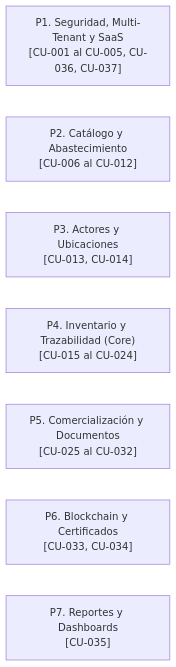
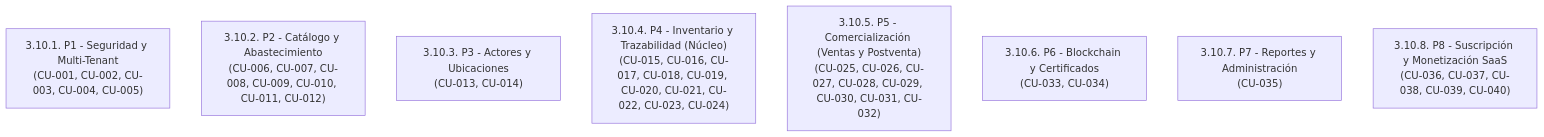
The diagram in docs/USE_CASES_MAP.md (DiogoMars777/BlockChain), drawn with Mermaid before and after one commit. The commit also changed other lines of this file, not shown here.

Commit message:
docs: actualizar USE_CASES_MAP.md con 40 CUs oficiales y paquete P8 SaaS (Sprint#3)

````diff
--- a/docs/USE_CASES_MAP.md
+++ b/docs/USE_CASES_MAP.md
@@ -56,10 +64,11 @@
 ```mermaid
-flowchart LR
-    P1["P1. Seguridad, Multi-Tenant y SaaS\n[CU-001 al CU-005, CU-036, CU-037]"]
-    P2["P2. Catálogo y Abastecimiento\n[CU-006 al CU-012]"]
-    P3["P3. Actores y Ubicaciones\n[CU-013, CU-014]"]
-    P4["P4. Inventario y Trazabilidad (Core)\n[CU-015 al CU-024]"]
-    P5["P5. Comercialización y Documentos\n[CU-025 al CU-032]"]
-    P6["P6. Blockchain y Certificados\n[CU-033, CU-034]"]
-    P7["P7. Reportes y Dashboards\n[CU-035]"]
+flowchart TD
+    P1["3.10.1. P1 - Seguridad y Multi-Tenant\n(CU-001, CU-002, CU-003, CU-004, CU-005)"]
+    P2["3.10.2. P2 - Catálogo y Abastecimiento\n(CU-006, CU-007, CU-008, CU-009, CU-010, CU-011, CU-012)"]
+    P3["3.10.3. P3 - Actores y Ubicaciones\n(CU-013, CU-014)"]
+    P4["3.10.4. P4 - Inventario y Trazabilidad (Núcleo)\n(CU-015, CU-016, CU-017, CU-018, CU-019, CU-020, CU-021, CU-022, CU-023, CU-024)"]
+    P5["3.10.5. P5 - Comercialización (Ventas y Postventa)\n(CU-025, CU-026, CU-027, CU-028, CU-029, CU-030, CU-031, CU-032)"]
+    P6["3.10.6. P6 - Blockchain y Certificados\n(CU-033, CU-034)"]
+    P7["3.10.7. P7 - Reportes y Administración\n(CU-035)"]
+    P8["3.10.8. P8 - Suscripción y Monetización SaaS\n(CU-036, CU-037, CU-038, CU-039, CU-040)"]
 ```
````
